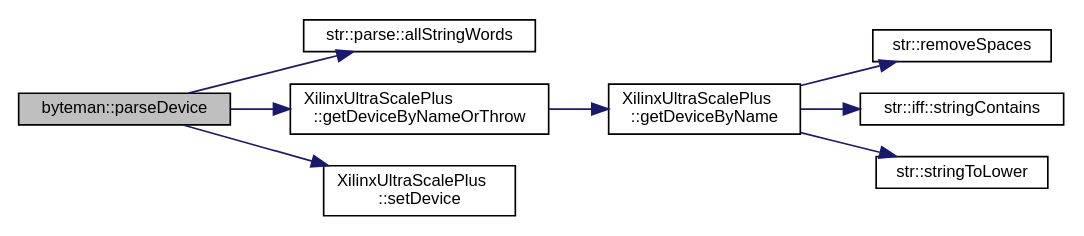
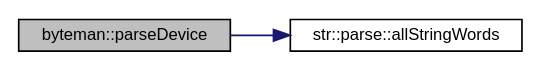
Before and after one commit to FPGA-Research-Manchester/byteman: the diagram in classbyteman_ae08e2c9557d8266f20780e1c14cf9f45_cgraph.dot, drawn with Graphviz. The commit also changed 2369 other files, not shown here.

```diff
--- a/classbyteman_ae08e2c9557d8266f20780e1c14cf9f45_cgraph.dot
+++ b/classbyteman_ae08e2c9557d8266f20780e1c14cf9f45_cgraph.dot
@@ -1,23 +1,11 @@
 digraph "byteman::parseDevice"
 {
  // INTERACTIVE_SVG=YES
  // LATEX_PDF_SIZE
   edge [fontname="Helvetica",fontsize="10",labelfontname="Helvetica",labelfontsize="10"];
   node [fontname="Helvetica",fontsize="10",shape=record];
   rankdir="LR";
   Node1 [label="byteman::parseDevice",height=0.2,width=0.4,color="black", fillcolor="grey75", style="filled", fontcolor="black",tooltip=" "];
   Node1 -> Node2 [color="midnightblue",fontsize="10",style="solid",fontname="Helvetica"];
   Node2 [label="str::parse::allStringWords",height=0.2,width=0.4,color="black", fillcolor="white", style="filled",URL="$namespacestr_1_1parse.html#a0b2fd42b74ce3f482b4f1ece5f24881e",tooltip="Parses a string s, removes all integers and returns the rest."];
-  Node1 -> Node3 [color="midnightblue",fontsize="10",style="solid",fontname="Helvetica"];
-  Node3 [label="XilinxUltraScalePlus\l::getDeviceByNameOrThrow",height=0.2,width=0.4,color="black", fillcolor="white", style="filled",URL="$classXilinxUltraScalePlus.html#aa7161a5191cf43caf46263dbc82a45ef",tooltip=" "];
-  Node3 -> Node4 [color="midnightblue",fontsize="10",style="solid",fontname="Helvetica"];
-  Node4 [label="XilinxUltraScalePlus\l::getDeviceByName",height=0.2,width=0.4,color="black", fillcolor="white", style="filled",URL="$classXilinxUltraScalePlus.html#aff5435669bcff7d1a37611e13d32a3f4",tooltip=" "];
-  Node4 -> Node5 [color="midnightblue",fontsize="10",style="solid",fontname="Helvetica"];
-  Node5 [label="str::removeSpaces",height=0.2,width=0.4,color="black", fillcolor="white", style="filled",URL="$namespacestr.html#ac4f5b41b8703cf37f9eb80813b0d01cc",tooltip="Removes all space chars of str returns the resulting string."];
-  Node4 -> Node6 [color="midnightblue",fontsize="10",style="solid",fontname="Helvetica"];
-  Node6 [label="str::iff::stringContains",height=0.2,width=0.4,color="black", fillcolor="white", style="filled",URL="$namespacestr_1_1iff.html#a1f19550a10f93dcfadd366fedf6bec90",tooltip="Returns false. End of recursion for template."];
-  Node4 -> Node7 [color="midnightblue",fontsize="10",style="solid",fontname="Helvetica"];
-  Node7 [label="str::stringToLower",height=0.2,width=0.4,color="black", fillcolor="white", style="filled",URL="$namespacestr.html#a105c2a28a97e18e146cd18c000d2ecf5",tooltip="Replaces all uppercase characters in str with lowercase and returns the resulting string."];
-  Node1 -> Node8 [color="midnightblue",fontsize="10",style="solid",fontname="Helvetica"];
-  Node8 [label="XilinxUltraScalePlus\l::setDevice",height=0.2,width=0.4,color="black", fillcolor="white", style="filled",URL="$classXilinxUltraScalePlus.html#a762297dd90b02efcbb4a4aa0274dd34b",tooltip=" "];
 }
```
